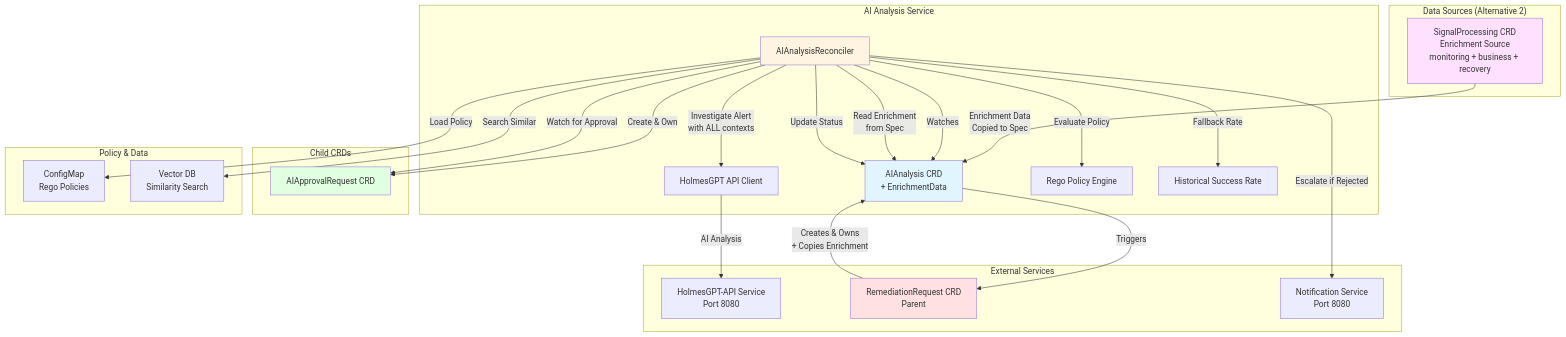
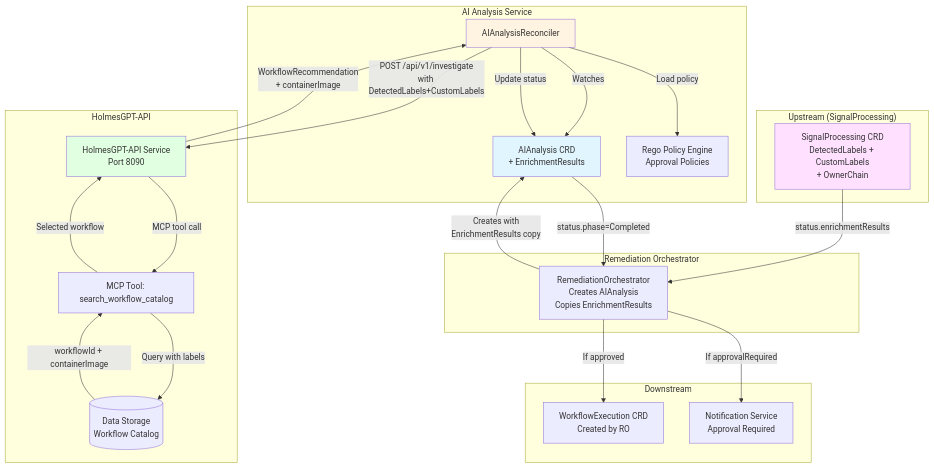
One commit to jordigilh/kubernaut changed the diagram in docs/services/crd-controllers/02-aianalysis/overview.md. Above: the diagram before and after it, drawn with Mermaid. The commit also changed other lines of this file and 60 other files, not shown here.

````diff
--- a/docs/services/crd-controllers/02-aianalysis/overview.md
+++ b/docs/services/crd-controllers/02-aianalysis/overview.md
@@ -36,51 +57,47 @@
 ```mermaid
 graph TB
     subgraph "AI Analysis Service"
-        AIA[AIAnalysis CRD<br/>+ EnrichmentData]
+        AIA[AIAnalysis CRD<br/>+ EnrichmentResults]
         Controller[AIAnalysisReconciler]
-        HolmesAPI[HolmesGPT API Client]
-        RegoEngine[Rego Policy Engine]
-        HistoricalDB[Historical Success Rate]
+        RegoEngine[Rego Policy Engine<br/>Approval Policies]
     end
 
-    subgraph "External Services"
-        HolmesGPT[HolmesGPT-API Service<br/>Port 8080]
-        AR[RemediationRequest CRD<br/>Parent]
-        Notification[Notification Service<br/>Port 8080]
+    subgraph "Upstream (SignalProcessing)"
+        SP[SignalProcessing CRD<br/>DetectedLabels + CustomLabels<br/>+ OwnerChain]
     end
 
-    subgraph "Data Sources (Alternative 2)"
-        RP[SignalProcessing CRD<br/>Enrichment Source<br/>monitoring + business + recovery]
+    subgraph "Remediation Orchestrator"
+        RO[RemediationOrchestrator<br/>Creates AIAnalysis<br/>Copies EnrichmentResults]
     end
 
-    subgraph "Child CRDs"
-        Approval[AIApprovalRequest CRD]
+    subgraph "HolmesGPT-API"
+        HAPI[HolmesGPT-API Service<br/>Port 8090]
+        MCP[MCP Tool: search_workflow_catalog]
+        DataStorage[(Data Storage<br/>Workflow Catalog)]
     end
 
-    subgraph "Policy & Data"
-        CM[ConfigMap<br/>Rego Policies]
-        VectorDB[Vector DB<br/>Similarity Search]
+    subgraph "Downstream"
+        WE[WorkflowExecution CRD<br/>Created by RO]
+        Notification[Notification Service<br/>Approval Required]
     end
 
-    AR -->|Creates & Owns<br/>+ Copies Enrichment| AIA
-    RP -->|Enrichment Data<br/>Copied to Spec| AIA
+    SP -->|"status.enrichmentResults"| RO
+    RO -->|"Creates with<br/>EnrichmentResults copy"| AIA
     Controller -->|Watches| AIA
-    Controller -->|Read Enrichment<br/>from Spec| AIA
-    Controller -->|Investigate Alert<br/>with ALL contexts| HolmesAPI
-    HolmesAPI -->|AI Analysis| HolmesGPT
-    Controller -->|Load Policy| CM
-    Controller -->|Evaluate Policy| RegoEngine
-    Controller -->|Search Similar| VectorDB
-    Controller -->|Fallback Rate| HistoricalDB
-    Controller -->|Create & Own| Approval
-    Controller -->|Watch for Approval| Approval
-    Controller -->|Escalate if Rejected| Notification
-    Controller -->|Update Status| AIA
-    AIA -->|Triggers| AR
+    Controller -->|"POST /api/v1/investigate<br/>with DetectedLabels+CustomLabels"| HAPI
+    HAPI -->|"MCP tool call"| MCP
+    MCP -->|"Query with labels"| DataStorage
+    DataStorage -->|"workflowId + containerImage"| MCP
+    MCP -->|"Selected workflow"| HAPI
+    HAPI -->|"WorkflowRecommendation<br/>+ containerImage"| Controller
+    Controller -->|"Load policy"| RegoEngine
+    Controller -->|"Update status"| AIA
+    AIA -->|"status.phase=Completed"| RO
+    RO -->|"If approved"| WE
+    RO -->|"If approvalRequired"| Notification
 
     style AIA fill:#e1f5ff
     style Controller fill:#fff4e1
-    style AR fill:#ffe1e1
-    style Approval fill:#e1ffe1
-    style RP fill:#ffe1ff
+    style SP fill:#ffe1ff
+    style HAPI fill:#e1ffe1
 ```
````
